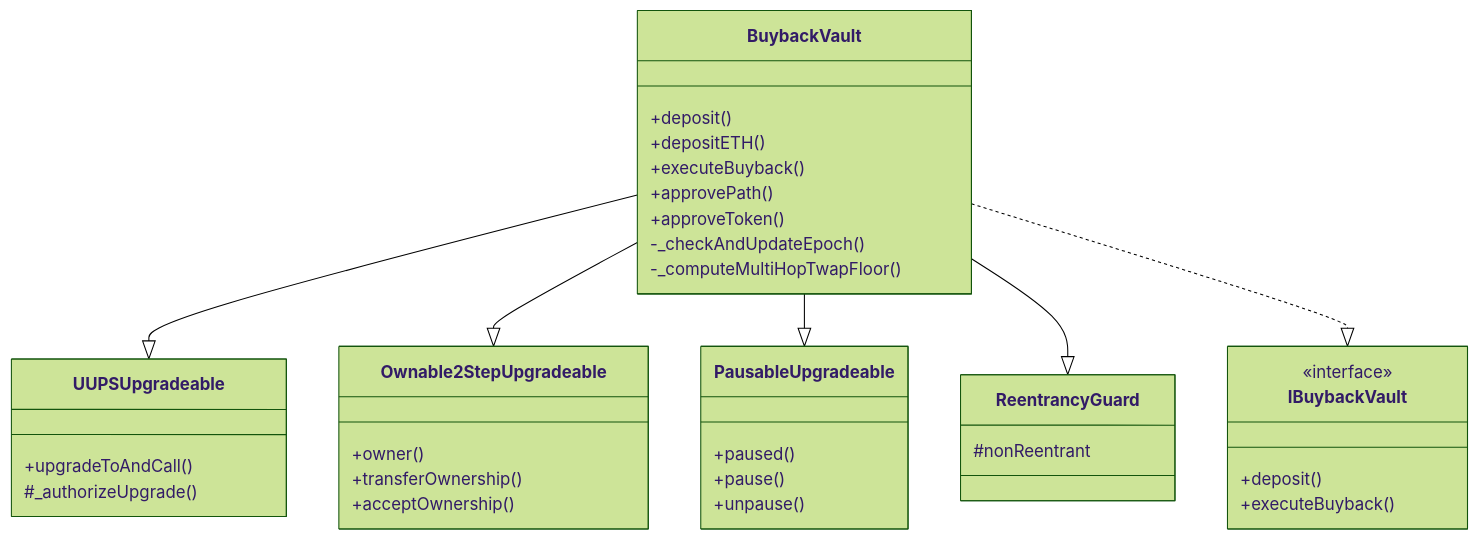
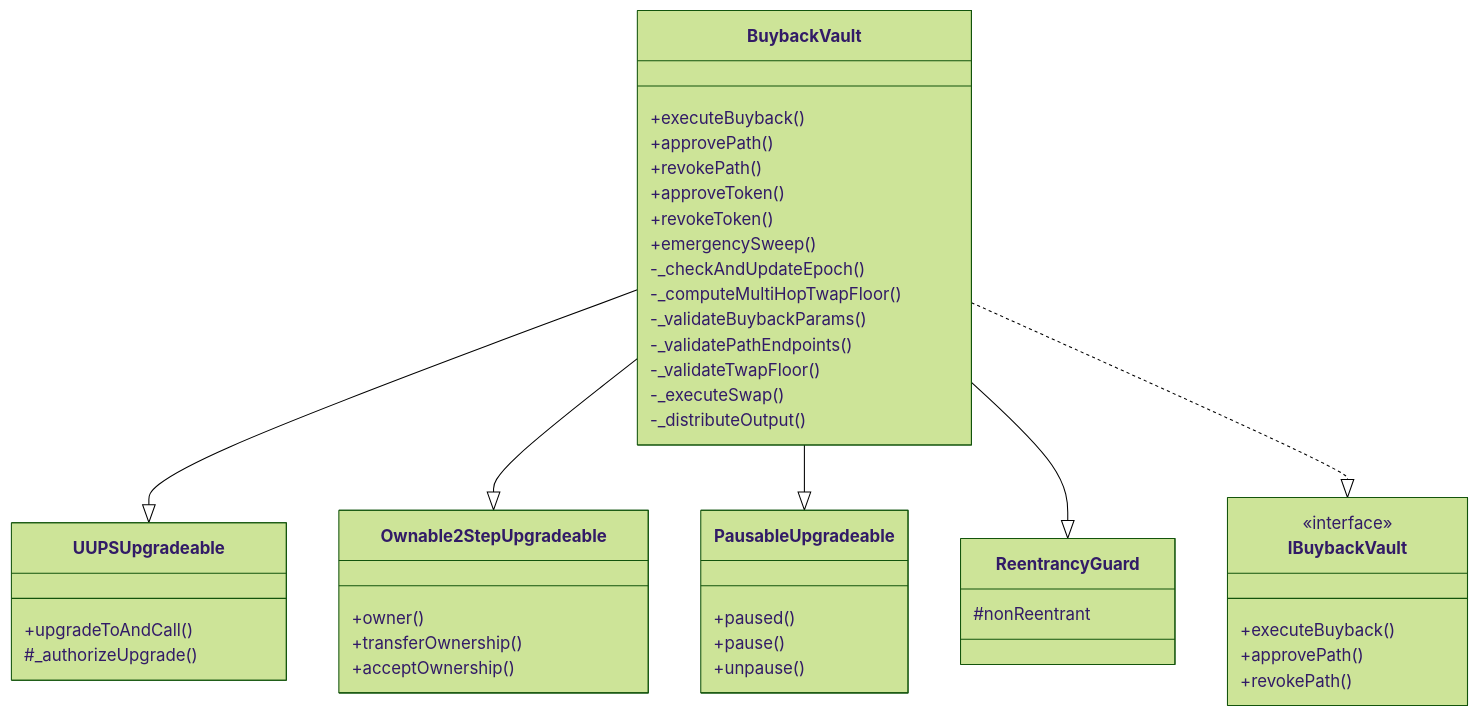
The sixth of 6 diagrams in docs/DESIGN.md (gensyn-network/gensyn-buyback), drawn with Mermaid (forest theme) before and after one commit. The commit also changed other lines of this file, not shown here.

First line of the commit message:
docs: update DESIGN.md to reflect removal of deposit functions and direct fund reception model

````diff
--- a/docs/DESIGN.md
+++ b/docs/DESIGN.md
@@ -206,45 +203,52 @@
 ```mermaid
 classDiagram
     class BuybackVault {
-        +deposit()
-        +depositETH()
         +executeBuyback()
         +approvePath()
+        +revokePath()
         +approveToken()
+        +revokeToken()
+        +emergencySweep()
         -_checkAndUpdateEpoch()
         -_computeMultiHopTwapFloor()
+        -_validateBuybackParams()
+        -_validatePathEndpoints()
+        -_validateTwapFloor()
+        -_executeSwap()
+        -_distributeOutput()
     }
     
     class UUPSUpgradeable {
         +upgradeToAndCall()
         #_authorizeUpgrade()
     }
     
     class Ownable2StepUpgradeable {
         +owner()
         +transferOwnership()
         +acceptOwnership()
     }
     
     class PausableUpgradeable {
         +paused()
         +pause()
         +unpause()
     }
     
     class ReentrancyGuard {
         #nonReentrant
     }
     
     class IBuybackVault {
         <<interface>>
-        +deposit()
         +executeBuyback()
+        +approvePath()
+        +revokePath()
     }
     
     BuybackVault --|> UUPSUpgradeable
     BuybackVault --|> Ownable2StepUpgradeable
     BuybackVault --|> PausableUpgradeable
     BuybackVault --|> ReentrancyGuard
     BuybackVault ..|> IBuybackVault
 ```
````
